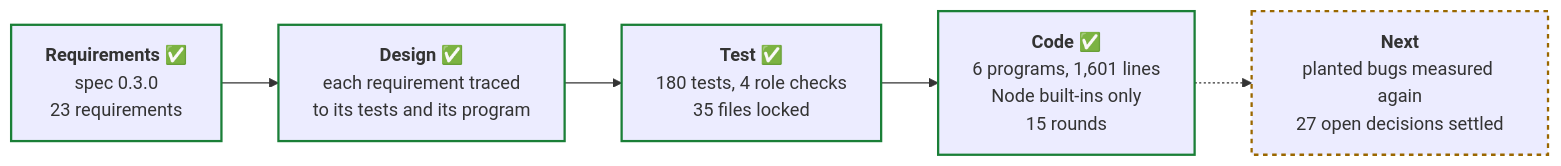
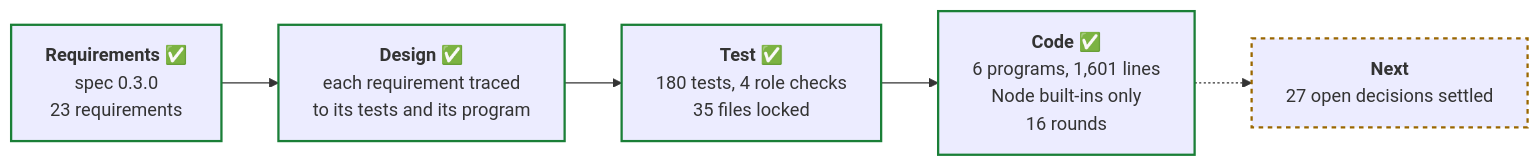
Before and after one commit to PaulDuvall/adlc-security-reviewer: the third of 4 diagrams in README.md, drawn with Mermaid. The commit also changed other lines of this file and 1 other file, not shown here.

First line of the commit message:
Round 16: the tests catch 91.8% of 3,557 planted bugs

````diff
--- a/README.md
+++ b/README.md
@@ -271,13 +271,13 @@
 ```mermaid
 flowchart LR
   req["<b>Requirements</b> ✅<br/>spec 0.3.0<br/>23 requirements"]
   des["<b>Design</b> ✅<br/>each requirement traced<br/>to its tests and its program"]
   tst["<b>Test</b> ✅<br/>180 tests, 4 role checks<br/>35 files locked"]
-  cod["<b>Code</b> ✅<br/>6 programs, 1,601 lines<br/>Node built-ins only<br/>15 rounds"]
-  nxt["<b>Next</b><br/>planted bugs measured again<br/>27 open decisions settled"]
+  cod["<b>Code</b> ✅<br/>6 programs, 1,601 lines<br/>Node built-ins only<br/>16 rounds"]
+  nxt["<b>Next</b><br/>27 open decisions settled"]
   req --> des --> tst --> cod -.-> nxt
   classDef done stroke:#1a7f37,stroke-width:2px
   classDef next stroke:#9a6700,stroke-width:2px,stroke-dasharray:4
   class req,des,tst,cod done
   class nxt next
 ```
````
